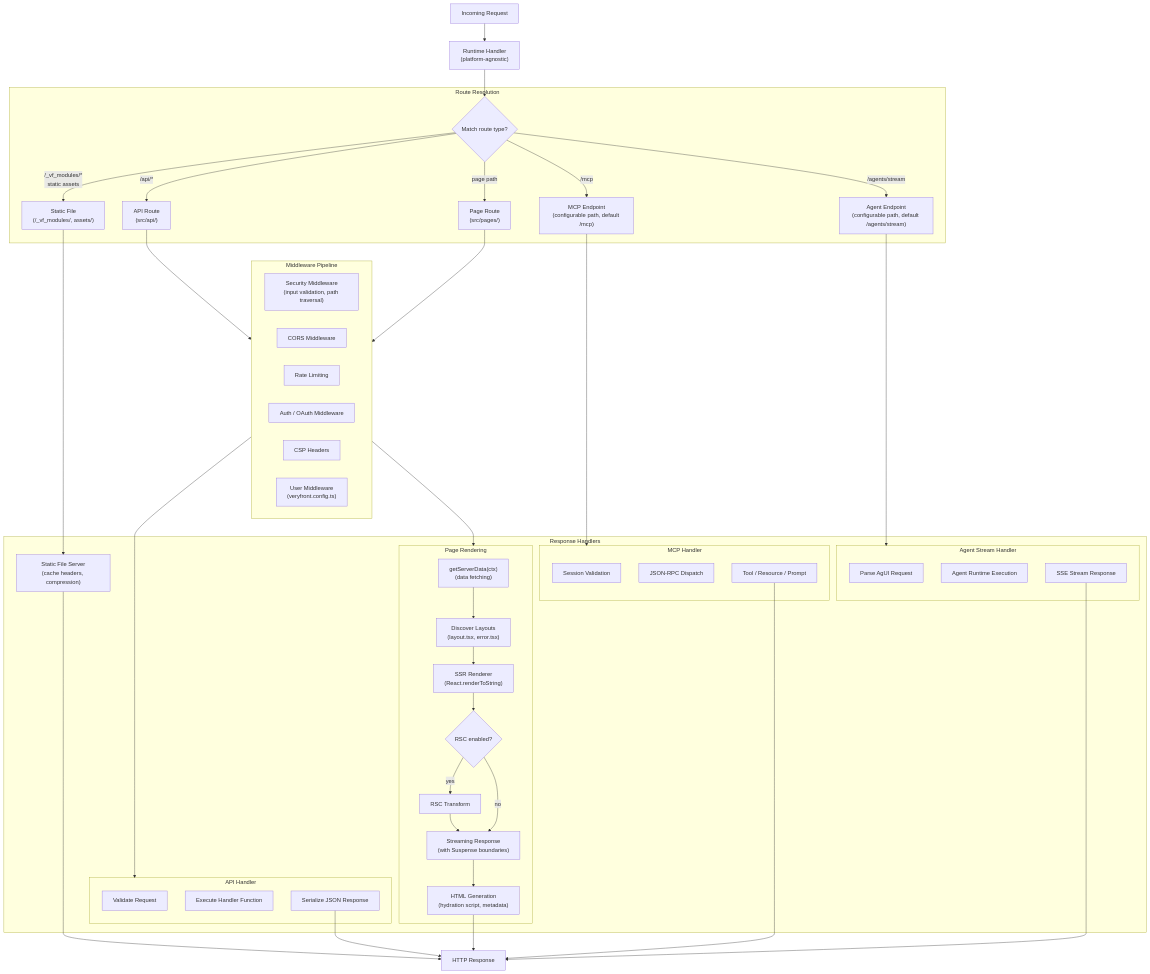
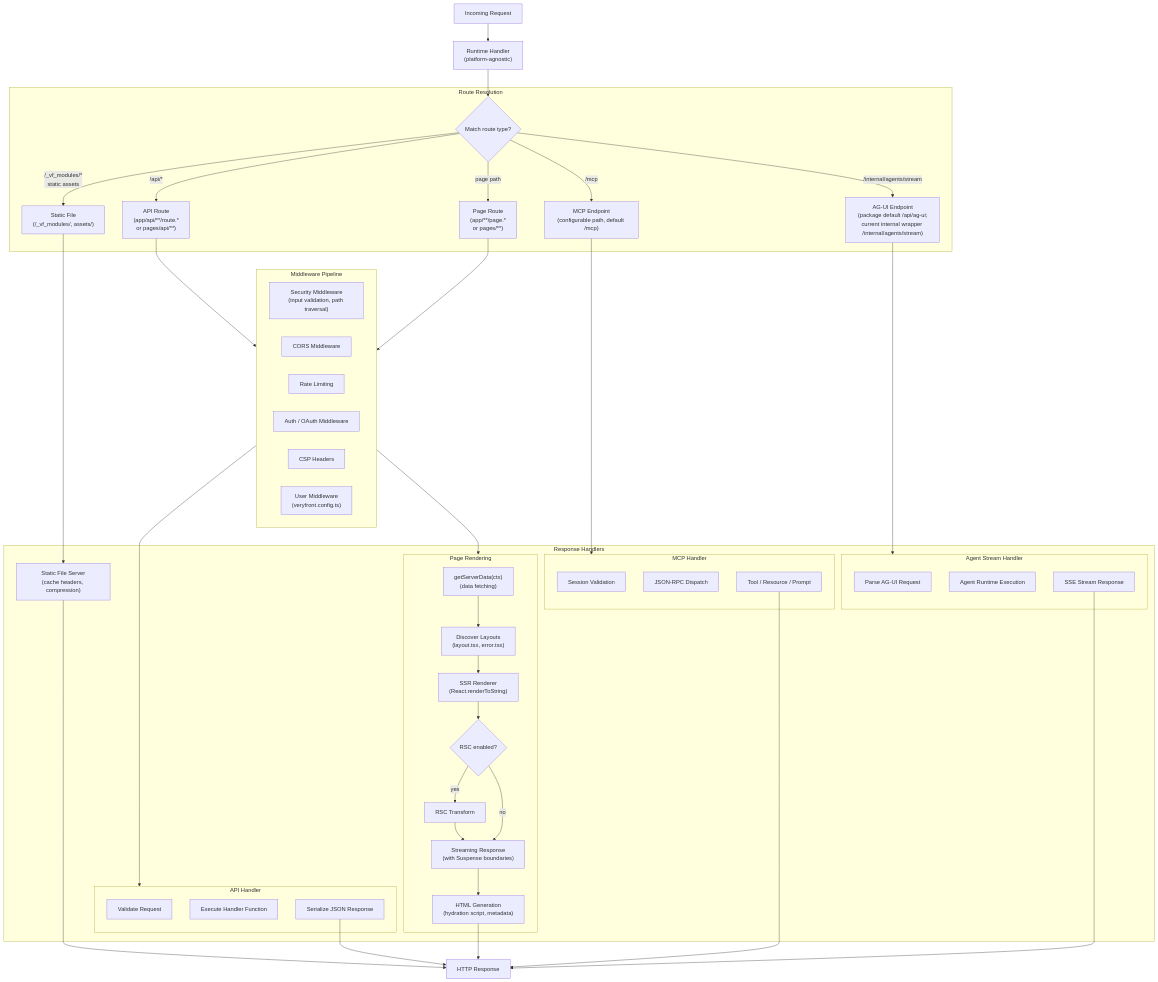
Before and after one commit to veryfront/veryfront-code: the second of 4 diagrams in docs/architecture/02-request-pipeline.md, drawn with Mermaid. The commit also changed other lines of this file and 28 other files, not shown here.

```diff
--- a/docs/architecture/02-request-pipeline.md
+++ b/docs/architecture/02-request-pipeline.md
@@ -63,10 +63,10 @@
     subgraph Routing["Route Resolution"]
         RouteMatch{"Match route type?"}
         StaticFile["Static File<br/>(/_vf_modules/, assets/)"]
-        APIRoute["API Route<br/>(src/api/)"]
-        PageRoute["Page Route<br/>(src/pages/)"]
+        APIRoute["API Route<br/>(app/api/**/route.*<br/>or pages/api/**)"]
+        PageRoute["Page Route<br/>(app/**/page.*<br/>or pages/**)"]
         MCPEndpoint["MCP Endpoint<br/>(configurable path, default /mcp)"]
-        AgentEndpoint["Agent Endpoint<br/>(configurable path, default /agents/stream)"]
+        AgentEndpoint["AG-UI Endpoint<br/>(package default /api/ag-ui;<br/>current internal wrapper /internal/agents/stream)"]
     end
 
     subgraph MiddlewarePipeline["Middleware Pipeline"]
@@ -104,7 +104,7 @@
         end
 
         subgraph AgentHandler["Agent Stream Handler"]
-            AgentParse["Parse AgUI Request"]
+            AgentParse["Parse AG-UI Request"]
             AgentExec["Agent Runtime Execution"]
             SSEStream["SSE Stream Response"]
         end
@@ -119,7 +119,7 @@
     RouteMatch -->|"/api/*"| APIRoute
     RouteMatch -->|"page path"| PageRoute
     RouteMatch -->|"/mcp"| MCPEndpoint
-    RouteMatch -->|"/agents/stream"| AgentEndpoint
+    RouteMatch -->|"/internal/agents/stream"| AgentEndpoint
 
     StaticFile --> StaticHandler
     APIRoute --> MiddlewarePipeline
```
